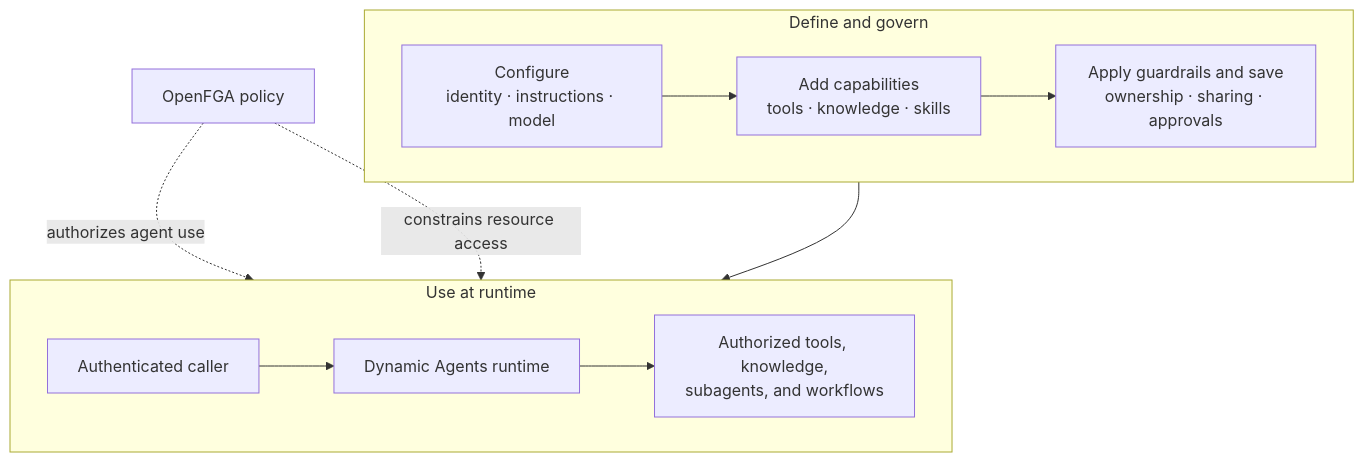
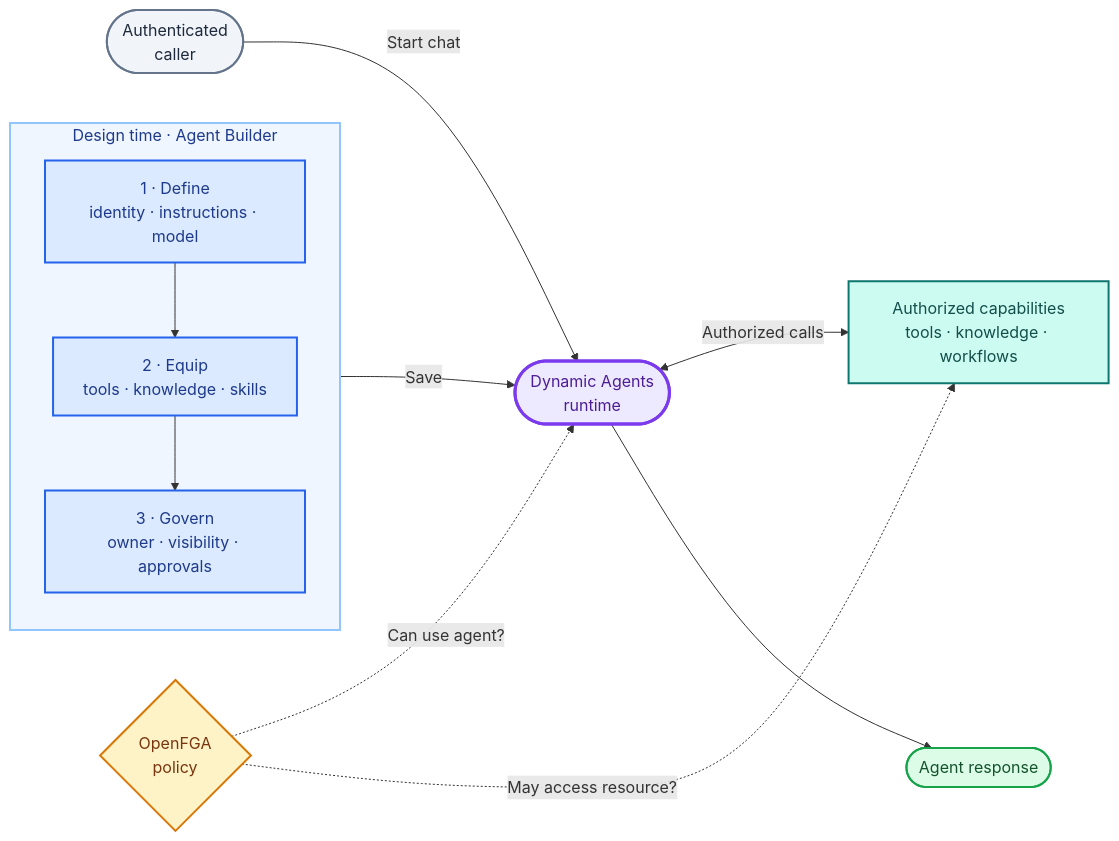
Before and after one commit to cnoe-io/ai-platform-engineering: the diagram in docs/docs/features/agent-builder.md, drawn with Mermaid. The commit also changed 3 other files, not shown here.

Commit message:
docs(features): improve feature diagrams

````diff
--- a/docs/docs/features/agent-builder.md
+++ b/docs/docs/features/agent-builder.md
@@ -17,22 +17,38 @@
 ```mermaid
-flowchart TB
-  subgraph DEFINE["Define and govern"]
-    direction LR
-    B["Configure<br/>identity · instructions · model"]
-    C["Add capabilities<br/>tools · knowledge · skills"]
-    D["Apply guardrails and save<br/>ownership · sharing · approvals"]
-    B --> C --> D
+flowchart LR
+  subgraph BUILD["Design time · Agent Builder"]
+    direction TB
+    D["1 · Define<br/>identity · instructions · model"]
+    E["2 · Equip<br/>tools · knowledge · skills"]
+    G["3 · Govern<br/>owner · visibility · approvals"]
+    D --> E --> G
   end
 
-  subgraph RUN["Use at runtime"]
-    direction LR
-    U["Authenticated caller"]
-    R["Dynamic Agents runtime"]
-    X["Authorized tools, knowledge,<br/>subagents, and workflows"]
-    U --> R --> X
-  end
+  C(["Authenticated<br/>caller"])
+  R(["Dynamic Agents<br/>runtime"])
+  X["Authorized capabilities<br/>tools · knowledge · workflows"]
+  O(["Agent response"])
+  P{"OpenFGA<br/>policy"}
 
-  D --> R
-  P["OpenFGA policy"] -. "authorizes agent use" .-> R
-  P -. "constrains resource access" .-> X
+  G -->|"Save"| R
+  C -->|"Start chat"| R
+  R <-->|"Authorized calls"| X
+  R --> O
+  P -. "Can use agent?" .-> R
+  P -. "May access resource?" .-> X
+
+  classDef buildStep fill:#dbeafe,stroke:#2563eb,color:#1e3a8a,stroke-width:2px
+  classDef actor fill:#f1f5f9,stroke:#64748b,color:#1e293b,stroke-width:2px
+  classDef runtime fill:#ede9fe,stroke:#7c3aed,color:#4c1d95,stroke-width:3px
+  classDef capability fill:#ccfbf1,stroke:#0f766e,color:#134e4a,stroke-width:2px
+  classDef policy fill:#fef3c7,stroke:#d97706,color:#78350f,stroke-width:2px
+  classDef outcome fill:#dcfce7,stroke:#16a34a,color:#14532d,stroke-width:2px
+
+  class D,E,G buildStep
+  class C actor
+  class R runtime
+  class X capability
+  class P policy
+  class O outcome
+  style BUILD fill:#eff6ff,stroke:#93c5fd,color:#1e3a8a,stroke-width:2px
 ```
````
